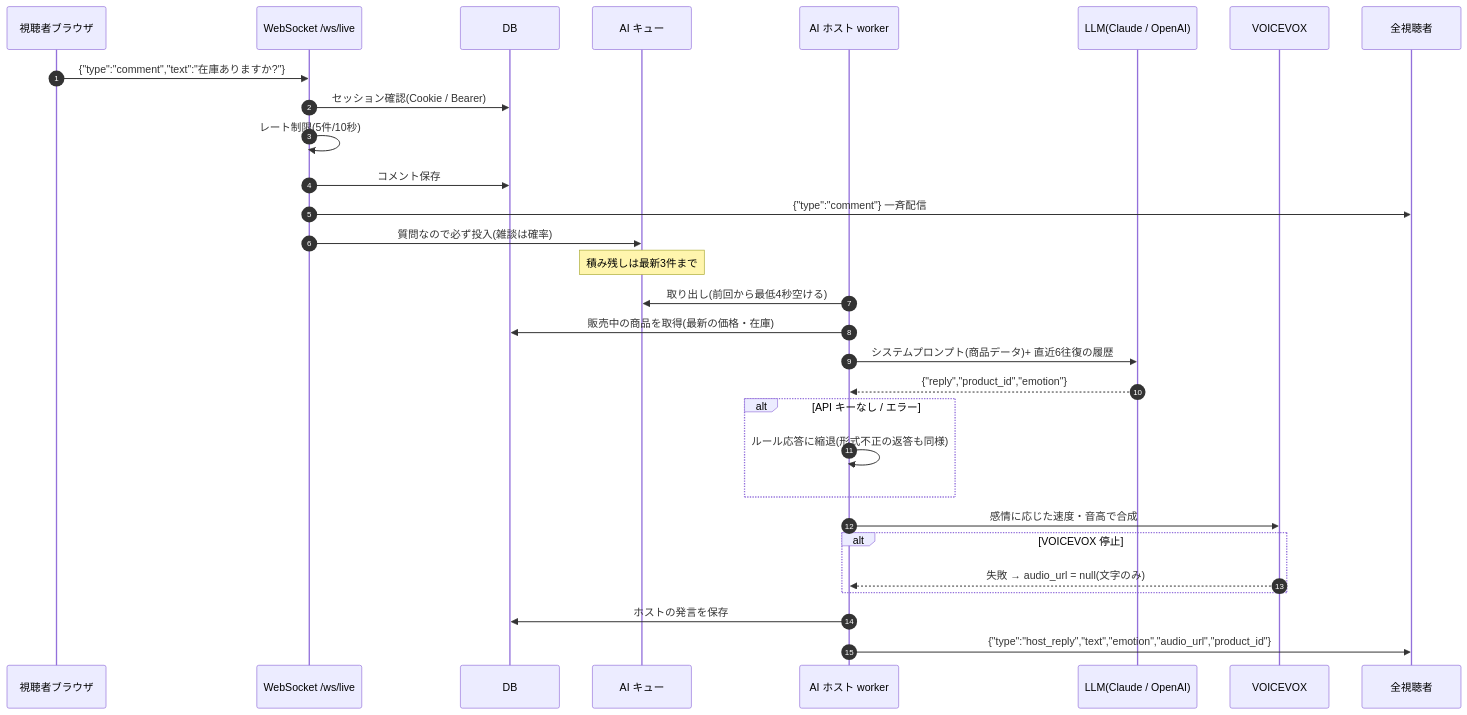
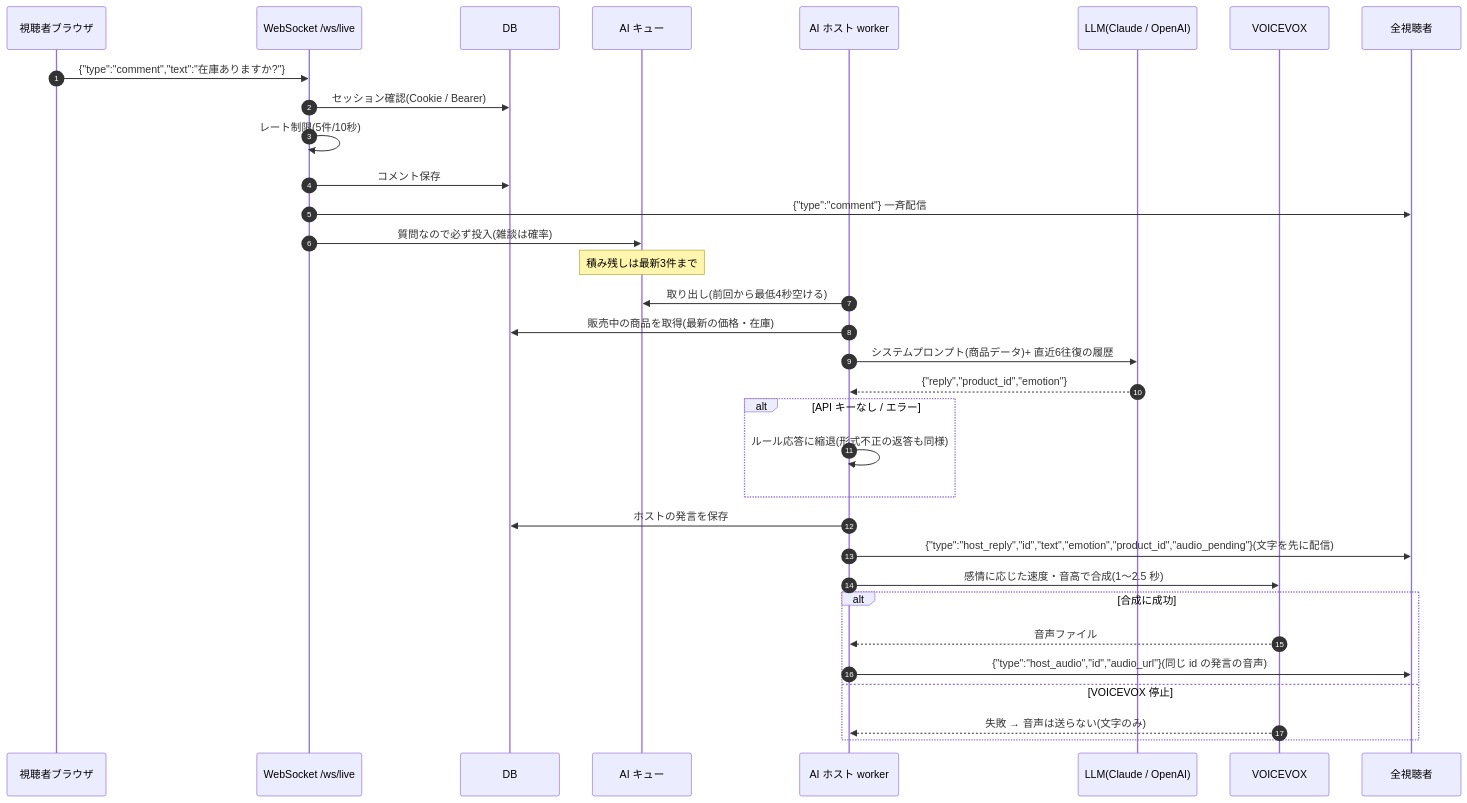
One commit to masteren/ai-live-commerce changed the first of 3 diagrams in docs/design/sequence.md. Above: the diagram before and after it, drawn with Mermaid. The commit also changed 11 other files, not shown here.

````diff
--- a/docs/design/sequence.md
+++ b/docs/design/sequence.md
@@ -4,33 +4,36 @@
 ```mermaid
 sequenceDiagram
   autonumber
   participant B as 視聴者ブラウザ
   participant W as WebSocket /ws/live
   participant DB as DB
   participant Q as AI キュー
   participant H as AI ホスト worker
   participant C as LLM(Claude / OpenAI)
   participant T as VOICEVOX
   participant All as 全視聴者
 
   B->>W: {"type":"comment","text":"在庫ありますか?"}
   W->>DB: セッション確認(Cookie / Bearer)
   W->>W: レート制限(5件/10秒)
   W->>DB: コメント保存
   W->>All: {"type":"comment"} 一斉配信
   W->>Q: 質問なので必ず投入(雑談は確率)
   Note over Q: 積み残しは最新3件まで
   H->>Q: 取り出し(前回から最低4秒空ける)
   H->>DB: 販売中の商品を取得(最新の価格・在庫)
   H->>C: システムプロンプト(商品データ)+ 直近6往復の履歴
   C-->>H: {"reply","product_id","emotion"}
   alt API キーなし / エラー
     H->>H: ルール応答に縮退(形式不正の返答も同様)
   end
-  H->>T: 感情に応じた速度・音高で合成
-  alt VOICEVOX 停止
-    T-->>H: 失敗 → audio_url = null(文字のみ)
+  H->>DB: ホストの発言を保存
+  H->>All: {"type":"host_reply","id","text","emotion","product_id","audio_pending"}(文字を先に配信)
+  H->>T: 感情に応じた速度・音高で合成(1〜2.5 秒)
+  alt 合成に成功
+    T-->>H: 音声ファイル
+    H->>All: {"type":"host_audio","id","audio_url"}(同じ id の発言の音声)
+  else VOICEVOX 停止
+    T-->>H: 失敗 → 音声は送らない(文字のみ)
   end
-  H->>DB: ホストの発言を保存
-  H->>All: {"type":"host_reply","text","emotion","audio_url","product_id"}
 ```
````
